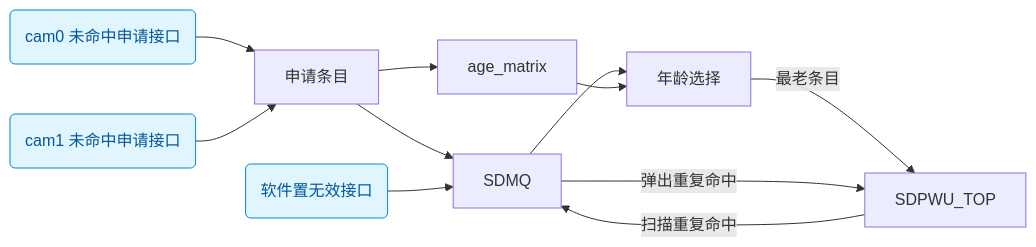
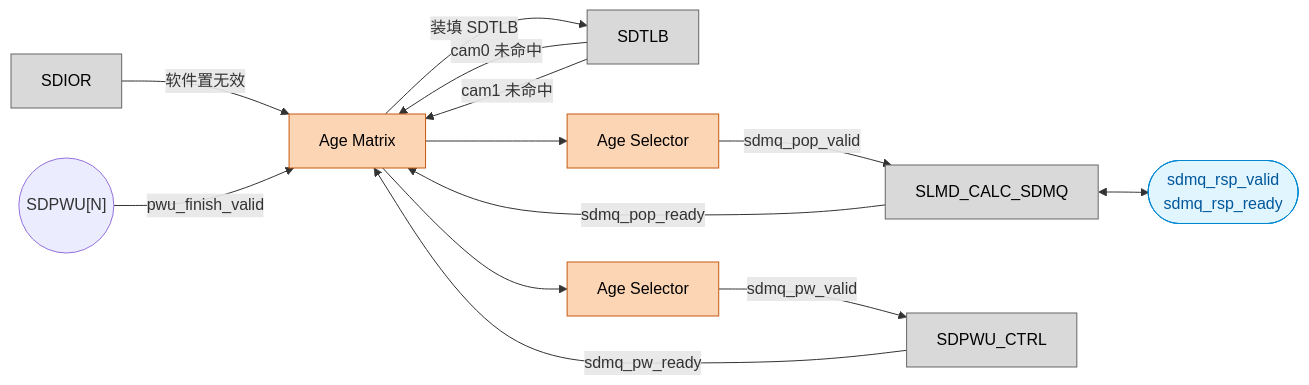
One commit to DuBirdFly/C1_SDecoder changed the seventh of 8 diagrams in doc/design_plan/SDecoder 设计方案 v1.0.md. Above: the diagram before and after it, drawn with Mermaid. The commit also changed other lines of this file, not shown here.

First line of the commit message:
docs(design): SDMQ 内部结构图改为 Age Matrix / Age Selector 口径

````diff
--- a/doc/design_plan/SDecoder 设计方案 v1.0.md
+++ b/doc/design_plan/SDecoder 设计方案 v1.0.md
@@ -456,15 +456,30 @@
 ```mermaid
 flowchart LR
-    IF0("cam0 未命中申请接口") --> ALLOC["申请条目"]
-    IF1("cam1 未命中申请接口") --> ALLOC
-    ALLOC --> ITEM["SDMQ"]
-    ALLOC --> AGE["age_matrix"]
-    INV("软件置无效接口") --> ITEM
-    ITEM --> SEL["年龄选择"]
-    AGE --> SEL
-    SEL -->|"最老条目"| OUT["SDPWU_TOP"]
-    OUT -->|"扫描重复命中"| ITEM
-    ITEM -->|"弹出重复命中"| OUT
+    SDIOR["SDIOR"]
+    SDTLB["SDTLB"]
+    AGE["Age Matrix"]
+    SEL_POP["Age Selector"]
+    SEL_PW["Age Selector"]
+    CALC["SLMD_CALC_SDMQ"]
+    RSP(["sdmq_rsp_valid<br/>sdmq_rsp_ready"])
+    CTRL["SDPWU_CTRL"]
+    SDPWUN(("SDPWU[N]"))
+    CALC <--> RSP
+    AGE --> SEL_POP
+    SEL_POP -->|"sdmq_pop_valid"| CALC
+    CALC -->|"sdmq_pop_ready"| AGE
+    SDIOR -->|"软件置无效"| AGE
+    SDTLB -->|"cam0 未命中"| AGE
+    SDTLB -->|"cam1 未命中"| AGE
+    AGE -->|"装填 SDTLB"| SDTLB
+    AGE --> SEL_PW
+    SEL_PW -->|"sdmq_pw_valid"| CTRL
+    CTRL -->|"sdmq_pw_ready"| AGE
+    SDPWUN -->|"pwu_finish_valid"| AGE
+    classDef gray fill:#d9d9d9,stroke:#666666,color:#000000
+    classDef orange fill:#fcd5b4,stroke:#c55a11,color:#000000
     classDef iface fill:#e1f5fe,stroke:#0288d1,color:#01579b
-    class IF0,IF1,INV iface
+    class SDIOR,SDTLB,CALC,CTRL gray
+    class AGE,SEL_POP,SEL_PW orange
+    class RSP iface
 ```
````
